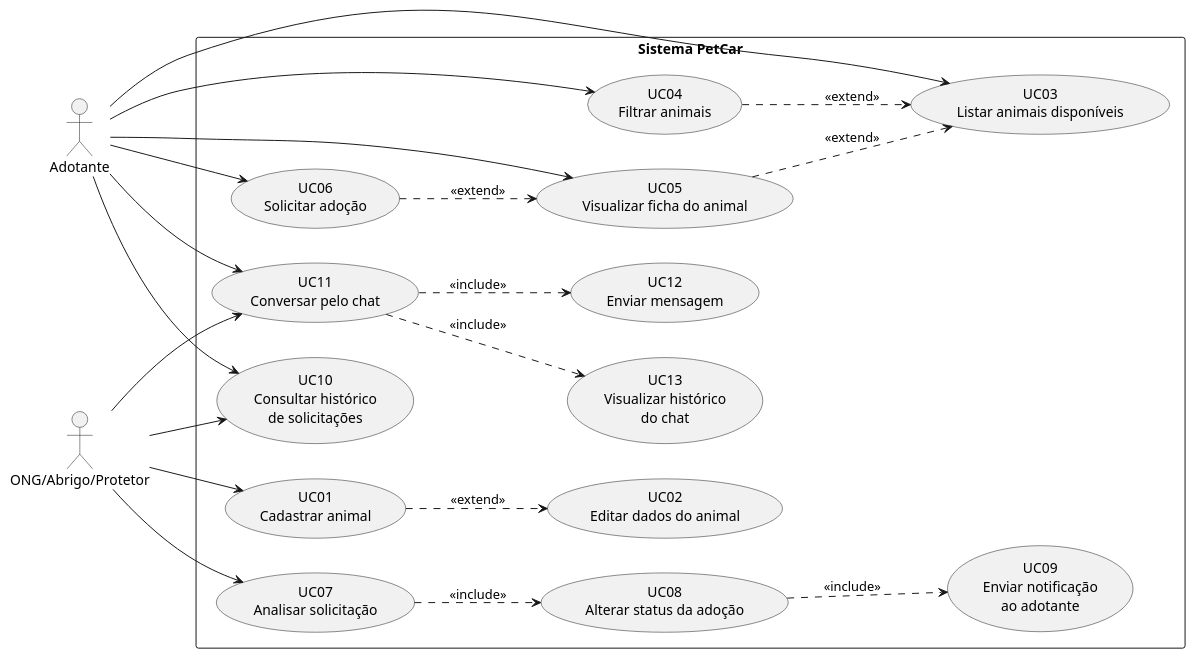
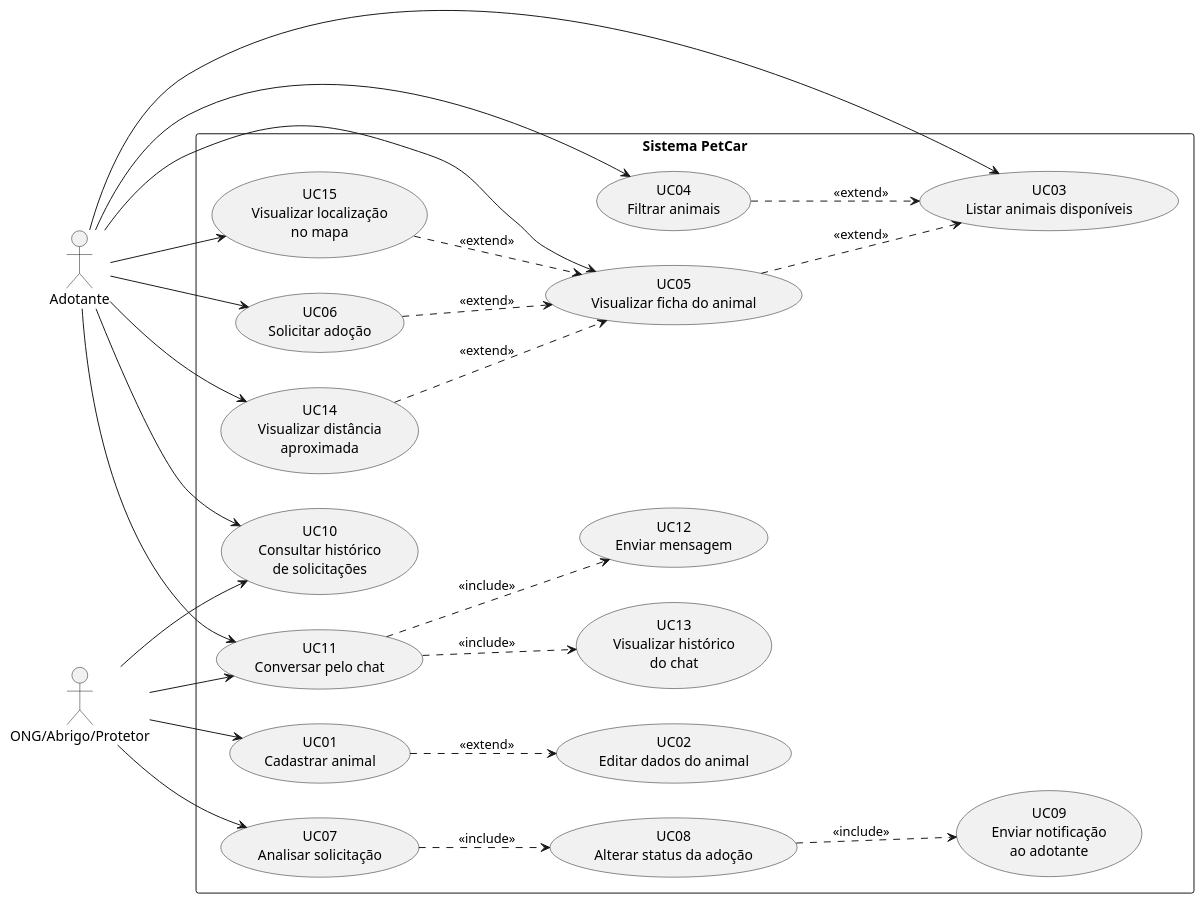
One commit to Diogo-Henrique-Moreira-da-Silva/PetCare changed the diagram in Diagramas puml/Diagrama Casos de Uso.puml. Above: the diagram before and after it, drawn with PlantUML. The commit also changed 10 other files, not shown here.

Commit message:
update casos de uso, upload diagramas de arquitetura, componentes(temp) e implantação

```diff
--- a/Diagramas puml/Diagrama Casos de Uso.puml
+++ b/Diagramas puml/Diagrama Casos de Uso.puml
@@ -1,52 +1,60 @@
 @startuml
 left to right direction
 
 actor "Adotante" as Adotante
 actor "ONG/Abrigo/Protetor" as ONG
 
 rectangle "Sistema PetCar" {
 
   usecase "UC01\nCadastrar animal" as UC01
   usecase "UC02\nEditar dados do animal" as UC02
 
   usecase "UC03\nListar animais disponíveis" as UC03
   usecase "UC04\nFiltrar animais" as UC04
   usecase "UC05\nVisualizar ficha do animal" as UC05
 
   usecase "UC06\nSolicitar adoção" as UC06
   usecase "UC07\nAnalisar solicitação" as UC07
   usecase "UC08\nAlterar status da adoção" as UC08
   usecase "UC09\nEnviar notificação\nao adotante" as UC09
 
   usecase "UC10\nConsultar histórico\nde solicitações" as UC10
 
   usecase "UC11\nConversar pelo chat" as UC11
   usecase "UC12\nEnviar mensagem" as UC12
   usecase "UC13\nVisualizar histórico\ndo chat" as UC13
+
+  usecase "UC14\nVisualizar distância\naproximada" as UC14
+  usecase "UC15\nVisualizar localização\nno mapa" as UC15
 }
 
 Adotante --> UC03
 Adotante --> UC04
 Adotante --> UC05
 Adotante --> UC06
 Adotante --> UC10
 Adotante --> UC11
+Adotante --> UC14
+Adotante --> UC15
 
 ONG --> UC01
 ONG --> UC07
 ONG --> UC10
 ONG --> UC11
 
 UC01 ..> UC02 : <<extend>>
 
 UC04 ..> UC03 : <<extend>>
 UC05 ..> UC03 : <<extend>>
 UC06 ..> UC05 : <<extend>>
 
+UC14 ..> UC05 : <<extend>>
+UC15 ..> UC05 : <<extend>>
+
 UC07 ..> UC08 : <<include>>
 UC08 ..> UC09 : <<include>>
 
 UC11 ..> UC12 : <<include>>
 UC11 ..> UC13 : <<include>>
 
 @enduml
```
